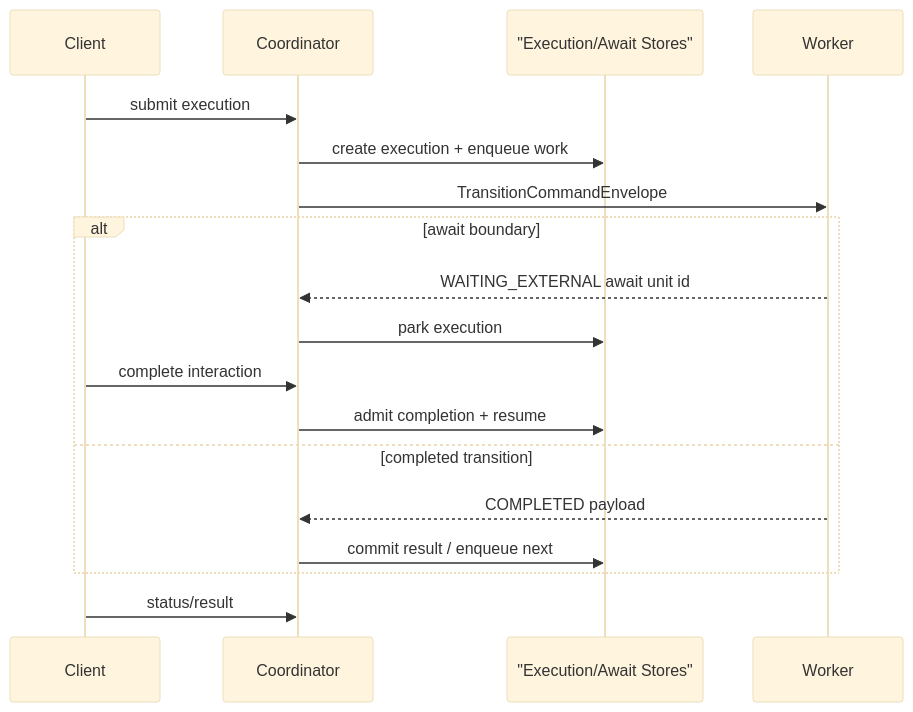
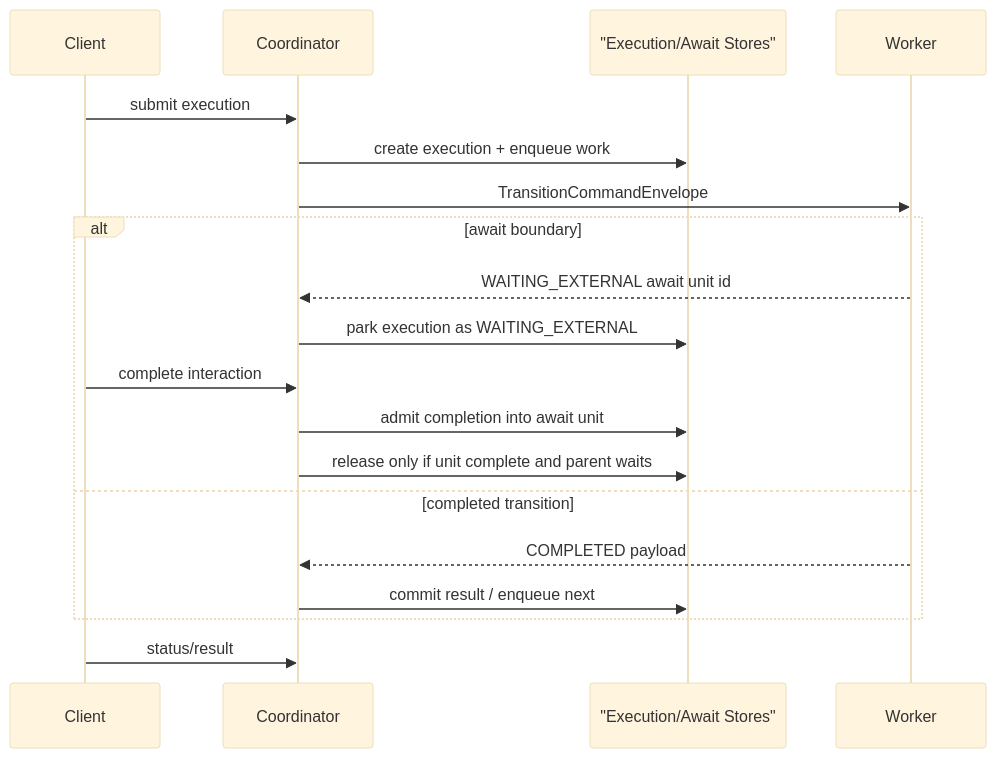
The diagram in docs/evolve/durable-coordinator/index.md (The-Pipeline-Framework/pipelineframework), drawn with Mermaid (base theme) before and after one commit. The commit also changed 14 other files, not shown here.

````diff
--- a/docs/evolve/durable-coordinator/index.md
+++ b/docs/evolve/durable-coordinator/index.md
@@ -21,21 +21,22 @@
 ```mermaid
 sequenceDiagram
     participant Client
     participant Coordinator
     participant Store as "Execution/Await Stores"
     participant Worker
 
     Client->>Coordinator: submit execution
     Coordinator->>Store: create execution + enqueue work
     Coordinator->>Worker: TransitionCommandEnvelope
     alt await boundary
         Worker-->>Coordinator: WAITING_EXTERNAL await unit id
-        Coordinator->>Store: park execution
+        Coordinator->>Store: park execution as WAITING_EXTERNAL
         Client->>Coordinator: complete interaction
-        Coordinator->>Store: admit completion + resume
+        Coordinator->>Store: admit completion into await unit
+        Coordinator->>Store: release only if unit complete and parent waits
     else completed transition
         Worker-->>Coordinator: COMPLETED payload
         Coordinator->>Store: commit result / enqueue next
     end
     Client->>Coordinator: status/result
 ```
````
